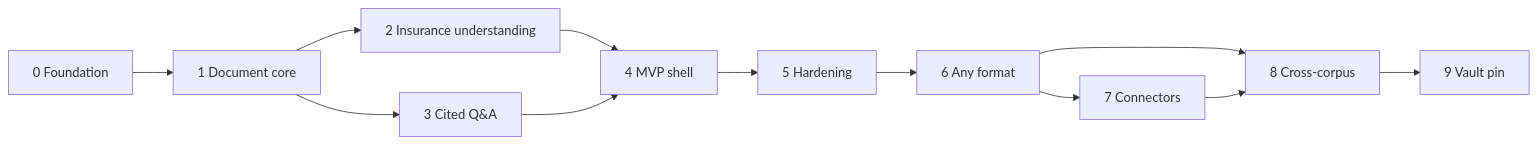
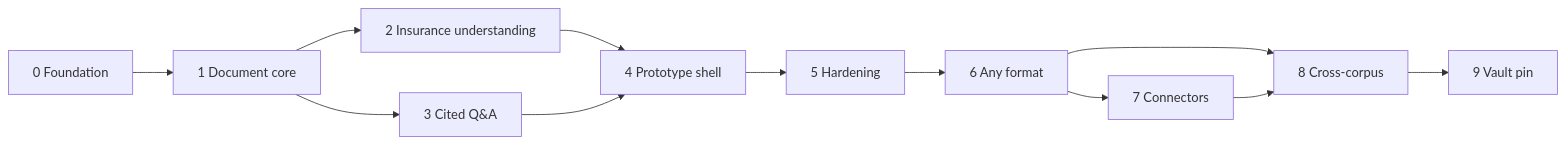
One commit to Bmsandoval/covered changed the second of 2 diagrams in docs/planning/staged-solution-plan.md. Above: the diagram before and after it, drawn with Mermaid. The commit also changed other lines of this file and 8 other files, not shown here.

````diff
--- a/docs/planning/staged-solution-plan.md
+++ b/docs/planning/staged-solution-plan.md
@@ -328,14 +344,14 @@
 ```mermaid
 flowchart LR
   S0[0 Foundation] --> S1[1 Document core]
   S1 --> S2[2 Insurance understanding]
   S1 --> S3[3 Cited Q&A]
-  S2 --> S4[4 MVP shell]
+  S2 --> S4[4 Prototype shell]
   S3 --> S4
   S4 --> S5[5 Hardening]
   S5 --> S6[6 Any format]
   S6 --> S7[7 Connectors]
   S6 --> S8[8 Cross-corpus]
   S7 --> S8
   S8 --> S9[9 Vault pin]
 ```
````
